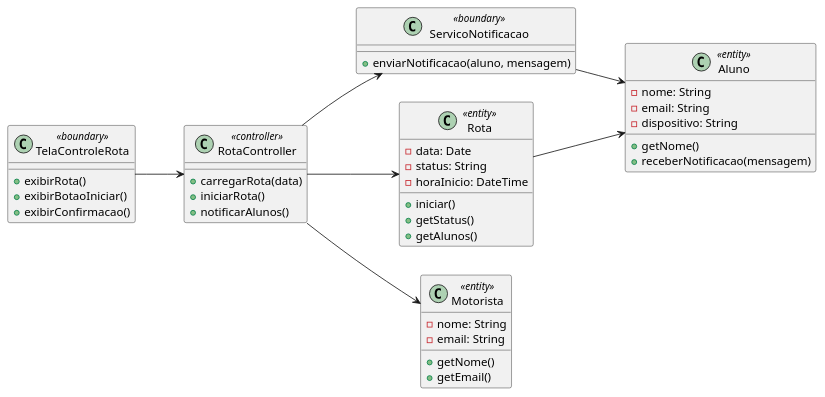
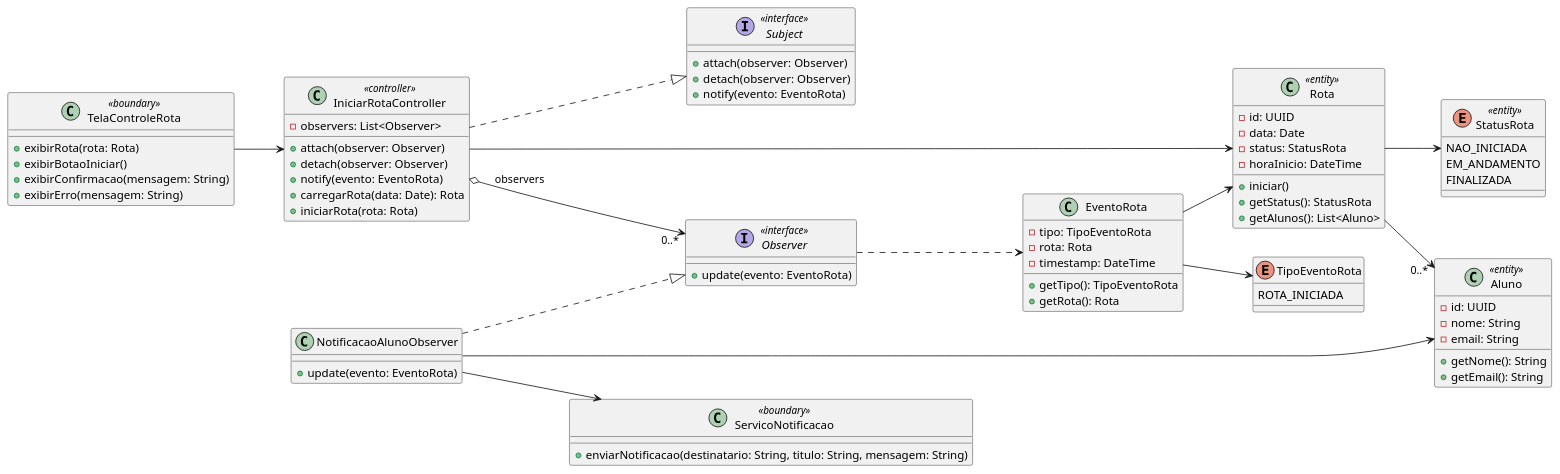
Before and after one commit to viniciusdias2902/modelagem_uml: the diagram in vcp/Caso_05_VCP.puml, drawn with PlantUML. The commit also changed other lines of this file and 4 other files, not shown here.

```diff
--- a/vcp/Caso_05_VCP.puml
+++ b/vcp/Caso_05_VCP.puml
@@ -1,51 +1,102 @@
 @startuml
 left to right direction
 
+' ==========================================
+' PADRÃO OBSERVER - IMPLEMENTAÇÃO CLÁSSICA
+' ==========================================
+
+interface Subject <<interface>> {
+    +attach(observer: Observer)
+    +detach(observer: Observer)
+    +notify(evento: EventoRota)
+}
+
+interface Observer <<interface>> {
+    +update(evento: EventoRota)
+}
+
+class EventoRota {
+    -tipo: TipoEventoRota
+    -rota: Rota
+    -timestamp: DateTime
+    +getTipo(): TipoEventoRota
+    +getRota(): Rota
+}
+
+enum TipoEventoRota {
+    ROTA_INICIADA
+}
+
+class NotificacaoAlunoObserver {
+    +update(evento: EventoRota)
+}
+
+' ==========================================
+' ECB
+' ==========================================
+
 class TelaControleRota <<boundary>> {
-    +exibirRota()
+    +exibirRota(rota: Rota)
     +exibirBotaoIniciar()
-    +exibirConfirmacao()
+    +exibirConfirmacao(mensagem: String)
+    +exibirErro(mensagem: String)
 }
 
 class ServicoNotificacao <<boundary>> {
-    +enviarNotificacao(aluno, mensagem)
+    +enviarNotificacao(destinatario: String, titulo: String, mensagem: String)
 }
 
-class RotaController <<controller>> {
-    +carregarRota(data)
-    +iniciarRota()
-    +notificarAlunos()
+class IniciarRotaController <<controller>> {
+    -observers: List<Observer>
+    +attach(observer: Observer)
+    +detach(observer: Observer)
+    +notify(evento: EventoRota)
+    +carregarRota(data: Date): Rota
+    +iniciarRota(rota: Rota)
 }
 
 class Rota <<entity>> {
+    -id: UUID
     -data: Date
-    -status: String
+    -status: StatusRota
     -horaInicio: DateTime
     +iniciar()
-    +getStatus()
-    +getAlunos()
-}
-
-class Motorista <<entity>> {
-    -nome: String
-    -email: String
-    +getNome()
-    +getEmail()
+    +getStatus(): StatusRota
+    +getAlunos(): List<Aluno>
 }
 
 class Aluno <<entity>> {
+    -id: UUID
     -nome: String
     -email: String
-    -dispositivo: String
-    +getNome()
-    +receberNotificacao(mensagem)
+    +getNome(): String
+    +getEmail(): String
 }
 
-TelaControleRota --> RotaController
-RotaController --> Rota
-RotaController --> Motorista
-RotaController --> ServicoNotificacao
-Rota --> Aluno
-ServicoNotificacao --> Aluno
+enum StatusRota <<entity>> {
+    NAO_INICIADA
+    EM_ANDAMENTO
+    FINALIZADA
+}
+
+' ==========================================
+' RELACIONAMENTOS
+' ==========================================
+
+IniciarRotaController ..|> Subject
+NotificacaoAlunoObserver ..|> Observer
+
+TelaControleRota --> IniciarRotaController
+IniciarRotaController o--> "0..*" Observer : observers
+IniciarRotaController --> Rota
+
+NotificacaoAlunoObserver --> ServicoNotificacao
+NotificacaoAlunoObserver --> Aluno
+Observer ..> EventoRota
+
+Rota --> "0..*" Aluno
+Rota --> StatusRota
+EventoRota --> TipoEventoRota
+EventoRota --> Rota
 
 @enduml
```
